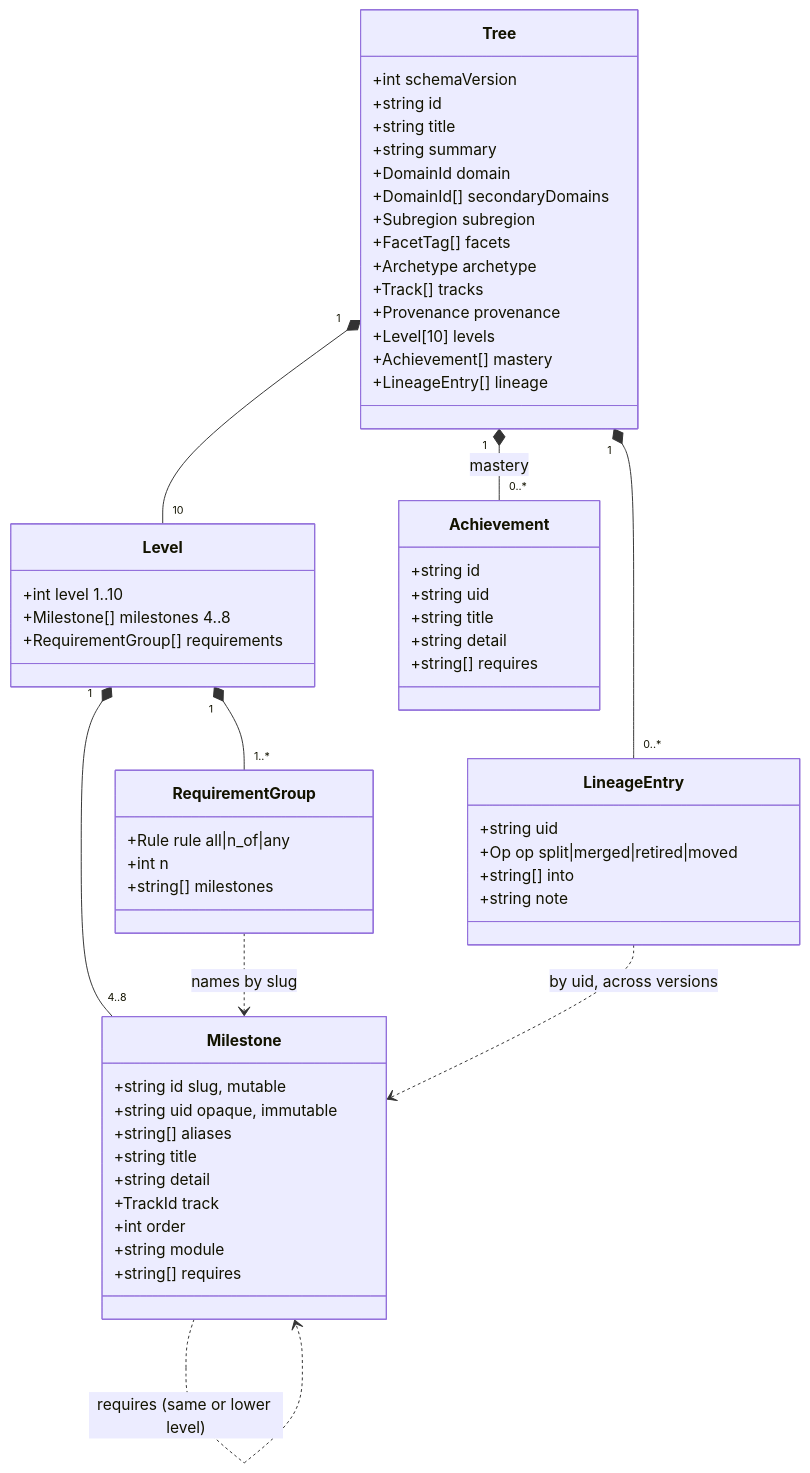
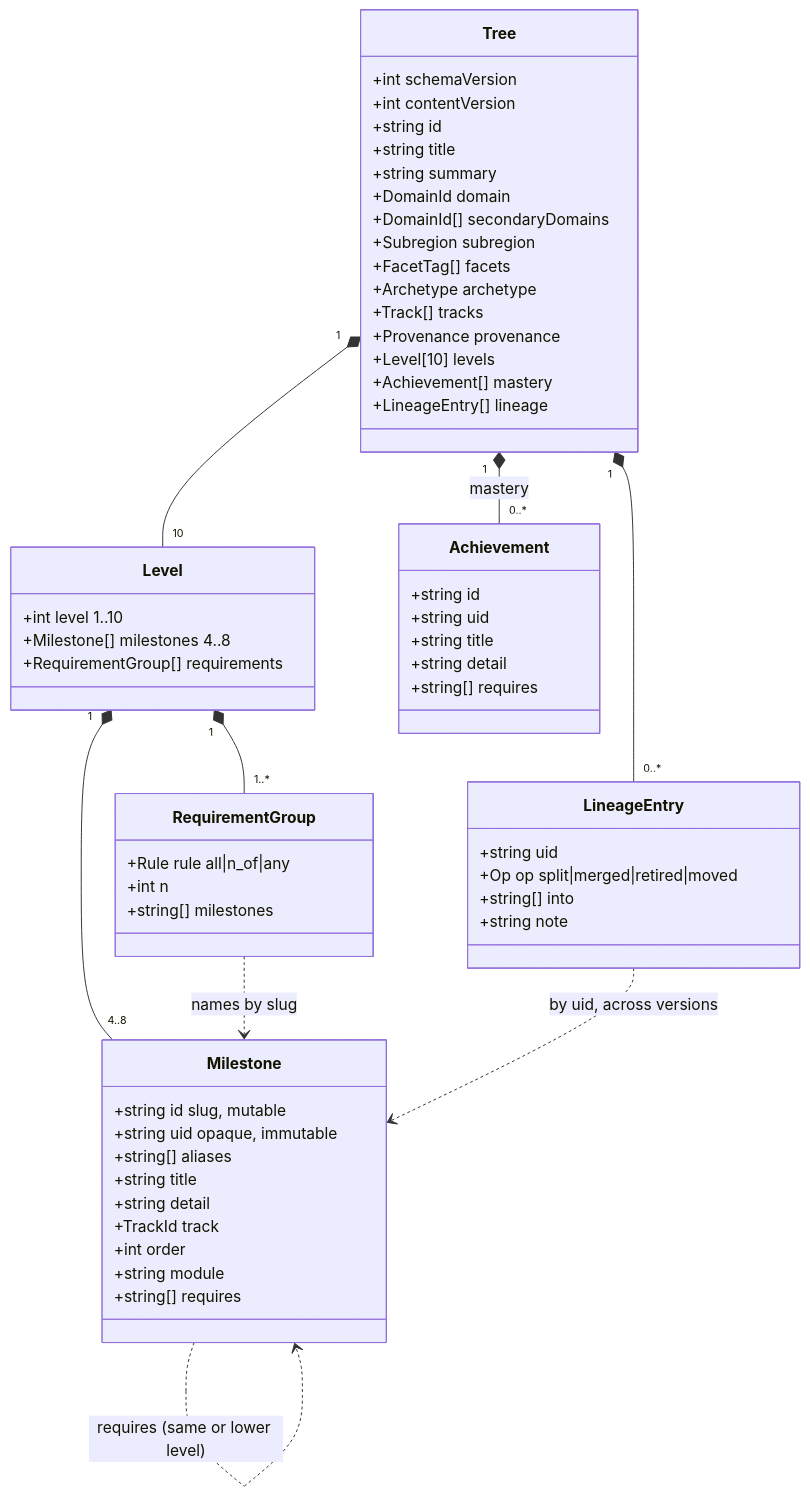
One commit to lifeskilltracker/lifeskilltracker.github.io changed the third of 9 diagrams in docs/ARCHITECTURE.md. Above: the diagram before and after it, drawn with Mermaid. The commit also changed other lines of this file and 15 other files, not shown here.

````diff
--- a/docs/ARCHITECTURE.md
+++ b/docs/ARCHITECTURE.md
@@ -426,62 +429,63 @@
 ```mermaid
 classDiagram
     class Tree {
         +int schemaVersion
+        +int contentVersion
         +string id
         +string title
         +string summary
         +DomainId domain
         +DomainId[] secondaryDomains
         +Subregion subregion
         +FacetTag[] facets
         +Archetype archetype
         +Track[] tracks
         +Provenance provenance
         +Level[10] levels
         +Achievement[] mastery
         +LineageEntry[] lineage
     }
     class Level {
         +int level  1..10
         +Milestone[] milestones  4..8
         +RequirementGroup[] requirements
     }
     class Milestone {
         +string id  slug, mutable
         +string uid  opaque, immutable
         +string[] aliases
         +string title
         +string detail
         +TrackId track
         +int order
         +string module
         +string[] requires
     }
     class RequirementGroup {
         +Rule rule  all|n_of|any
         +int n
         +string[] milestones
     }
     class Achievement {
         +string id
         +string uid
         +string title
         +string detail
         +string[] requires
     }
     class LineageEntry {
         +string uid
         +Op op  split|merged|retired|moved
         +string[] into
         +string note
     }
 
     Tree "1" *-- "10" Level
     Tree "1" *-- "0..*" Achievement : mastery
     Tree "1" *-- "0..*" LineageEntry
     Level "1" *-- "4..8" Milestone
     Level "1" *-- "1..*" RequirementGroup
     RequirementGroup ..> Milestone : names by slug
     Milestone ..> Milestone : requires (same or lower level)
     LineageEntry ..> Milestone : by uid, across versions
 ```
````
